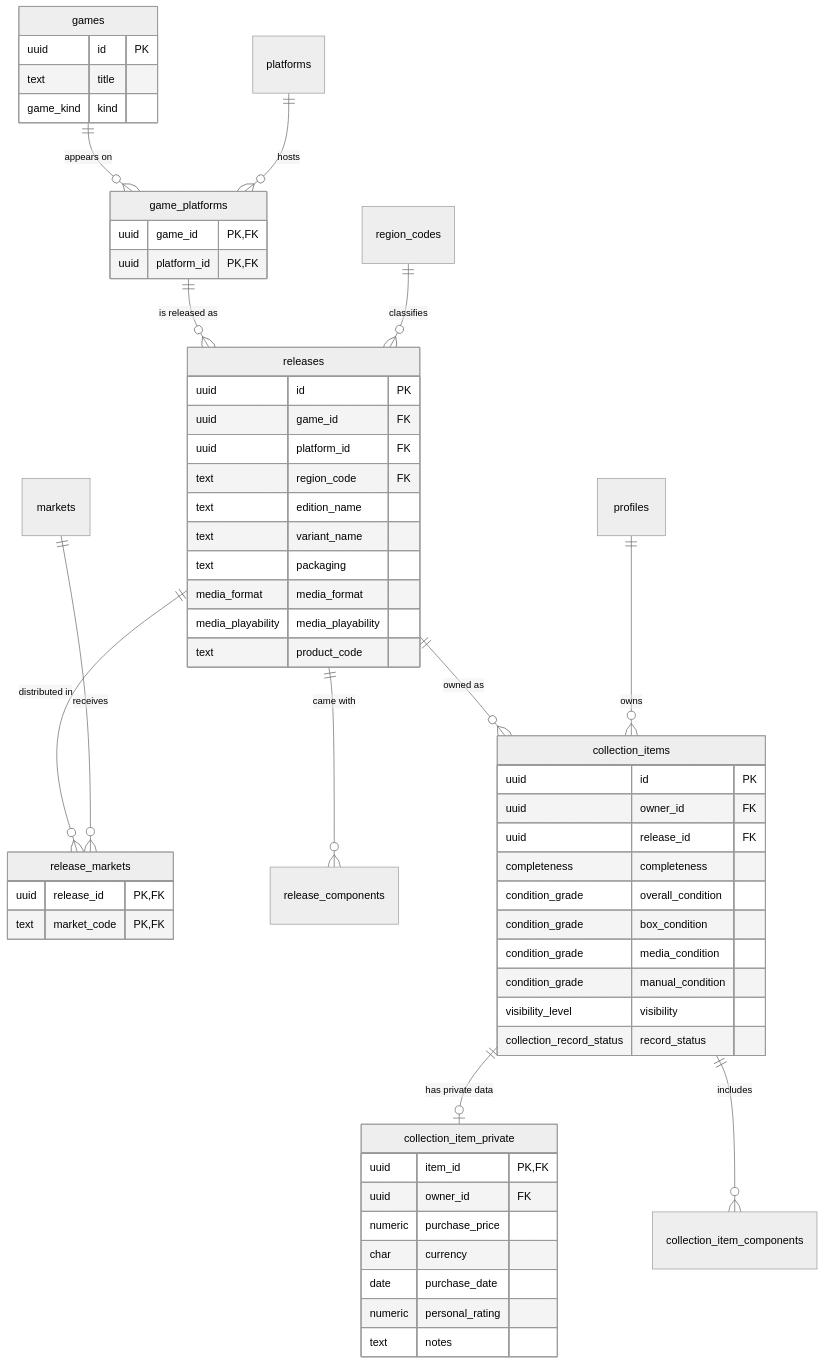
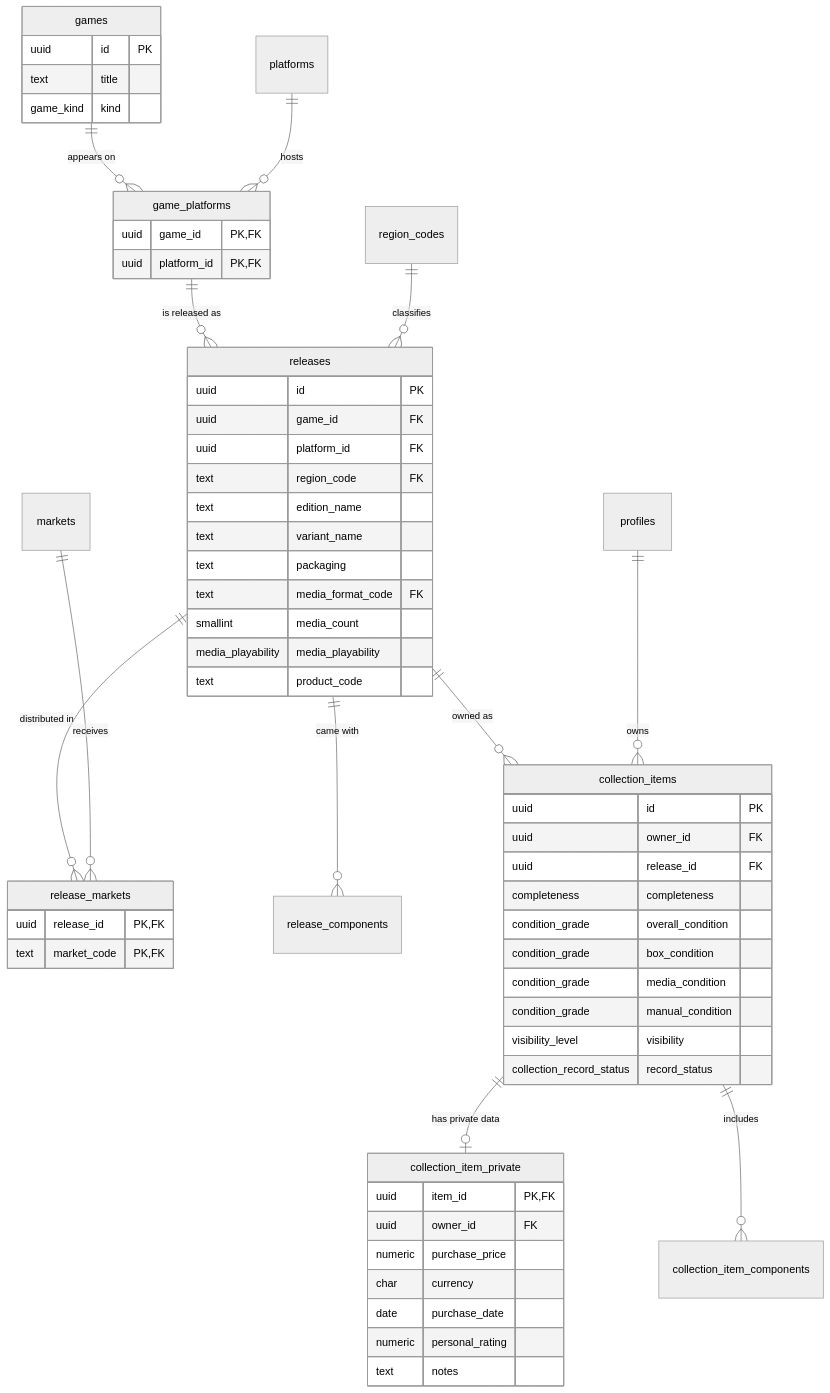
One commit to lesa0208/my-game-dex changed the second of 14 diagrams in docs/architecture/relationships.md. Above: the diagram before and after it, drawn with Mermaid (neutral theme). The commit also changed other lines of this file and 11 other files, not shown here.

````diff
--- a/docs/architecture/relationships.md
+++ b/docs/architecture/relationships.md
@@ -30,61 +30,62 @@
 ```mermaid
 erDiagram
   games ||--o{ game_platforms : "appears on"
   platforms ||--o{ game_platforms : "hosts"
   game_platforms ||--o{ releases : "is released as"
   region_codes ||--o{ releases : "classifies"
   releases ||--o{ release_markets : "distributed in"
   markets ||--o{ release_markets : "receives"
   releases ||--o{ release_components : "came with"
   releases ||--o{ collection_items : "owned as"
   profiles ||--o{ collection_items : "owns"
   collection_items ||--o| collection_item_private : "has private data"
   collection_items ||--o{ collection_item_components : "includes"
 
   games {
     uuid id PK
     text title
     game_kind kind
   }
   game_platforms {
     uuid game_id PK,FK
     uuid platform_id PK,FK
   }
   releases {
     uuid id PK
     uuid game_id FK
     uuid platform_id FK
     text region_code FK
     text edition_name
     text variant_name
     text packaging
-    media_format media_format
+    text media_format_code FK
+    smallint media_count
     media_playability media_playability
     text product_code
   }
   release_markets {
     uuid release_id PK,FK
     text market_code PK,FK
   }
   collection_items {
     uuid id PK
     uuid owner_id FK
     uuid release_id FK
     completeness completeness
     condition_grade overall_condition
     condition_grade box_condition
     condition_grade media_condition
     condition_grade manual_condition
     visibility_level visibility
     collection_record_status record_status
   }
   collection_item_private {
     uuid item_id PK,FK
     uuid owner_id FK
     numeric purchase_price
     char currency
     date purchase_date
     numeric personal_rating
     text notes
   }
 ```
````
